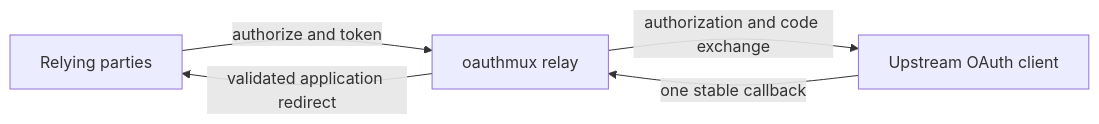
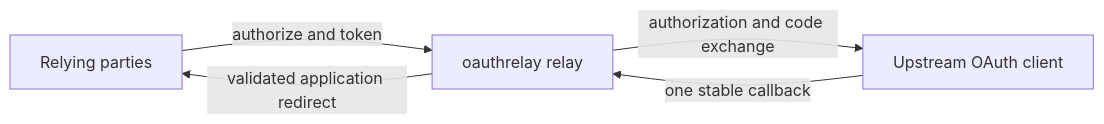
The diagram in README.md (rise-deploy/oauthmux), drawn with Mermaid before and after one commit. The commit also changed other lines of this file and 46 other files, not shown here.

First line of the commit message:
rename oauthmux to oauthrelay

````diff
--- a/README.md
+++ b/README.md
@@ -11,11 +11,11 @@
 ```mermaid
 flowchart LR
     RP[Relying parties]
-    M[oauthmux relay]
+    M[oauthrelay relay]
     U[Upstream OAuth client]
 
     RP -->|authorize and token| M
     M -->|authorization and code exchange| U
     U -->|one stable callback| M
     M -->|validated application redirect| RP
 ```
````
